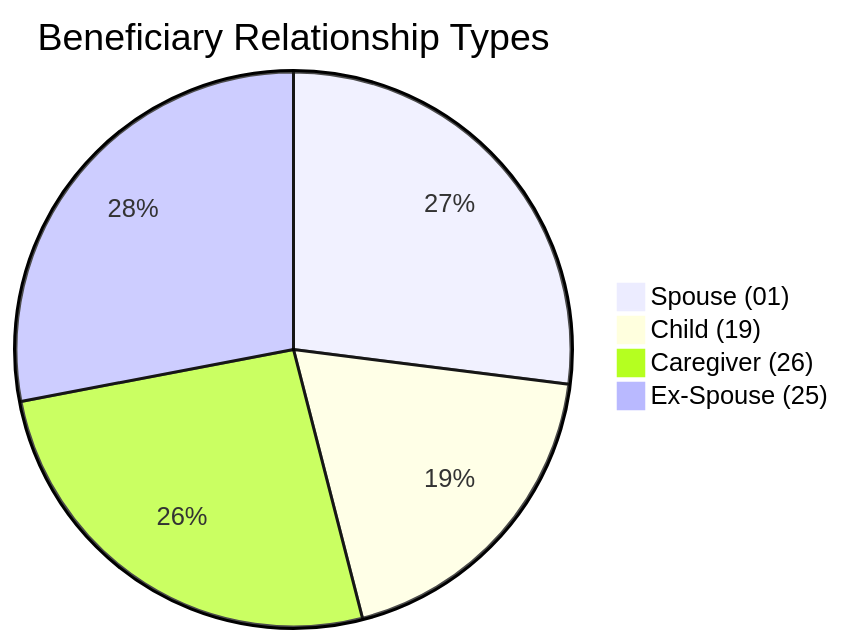
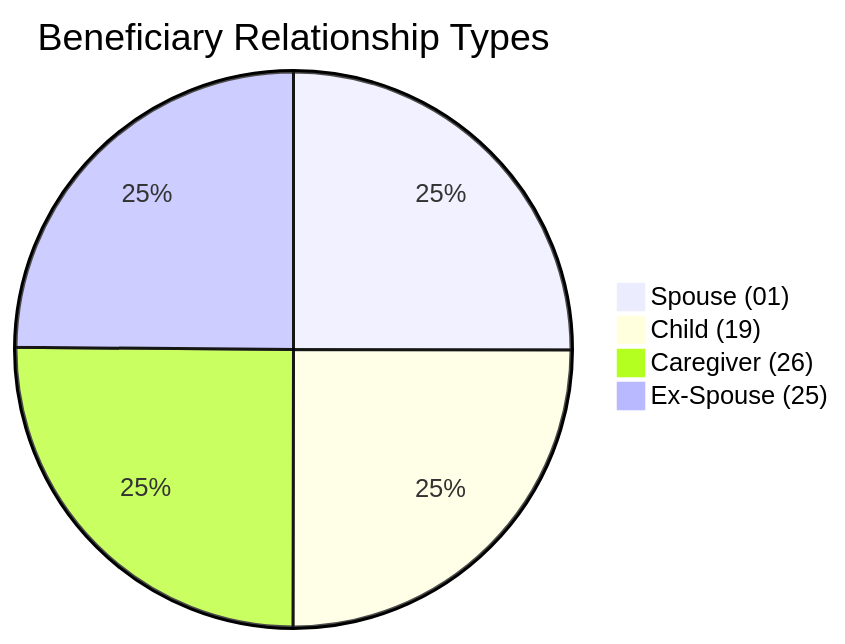
Before and after one commit to dhagan-va/intern-2025: the eighth of 10 diagrams in test-tools/DataGen/src/Statistics_Visualizer.md, drawn with Mermaid. The commit also changed other lines of this file and 2 other files, not shown here.

````diff
--- a/test-tools/DataGen/src/Statistics_Visualizer.md
+++ b/test-tools/DataGen/src/Statistics_Visualizer.md
@@ -86,7 +86,7 @@
 ```mermaid
 pie title Beneficiary Relationship Types
-    "Spouse (01)" : 27
-    "Child (19)" : 19
-    "Caregiver (26)" : 26
-    "Ex-Spouse (25)" : 28
+    "Spouse (01)" : 25029
+    "Child (19)" : 24999
+    "Caregiver (26)" : 25098
+    "Ex-Spouse (25)" : 24874
 ```
````
